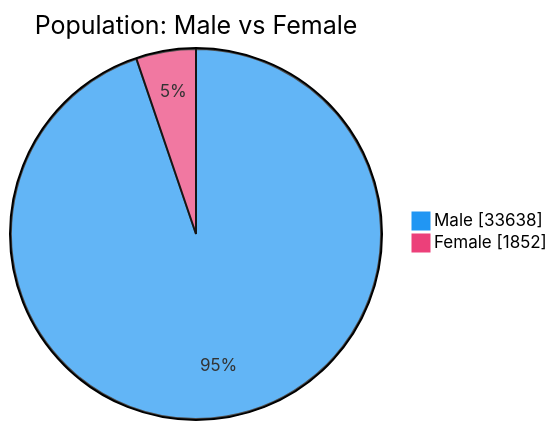
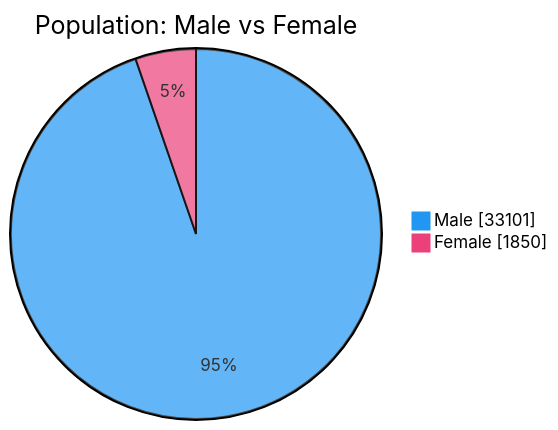
One commit to nuuuwan/lk_prisons changed the second of 7 diagrams in README.md. Above: the diagram before and after it, drawn with Mermaid. The commit also changed other lines of this file and 1 other file, not shown here.

````diff
--- a/README.md
+++ b/README.md
@@ -54,6 +54,6 @@
 ```mermaid
 %%{init: {'themeVariables': {'pie1': '#2196F3', 'pie2': '#EC407A'}}}%%
 pie showData title Population: Male vs Female
-    "Male" : 33638
-    "Female" : 1852
+    "Male" : 33101
+    "Female" : 1850
 ```
````
